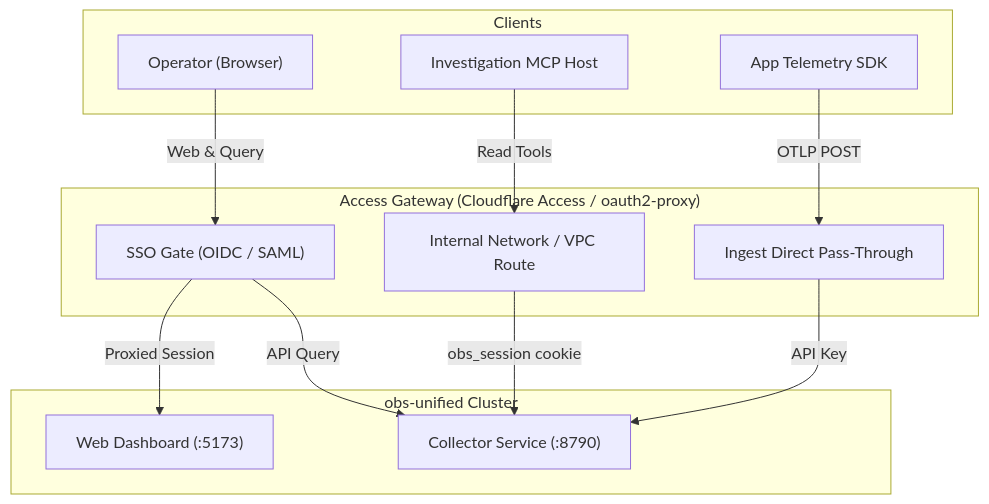
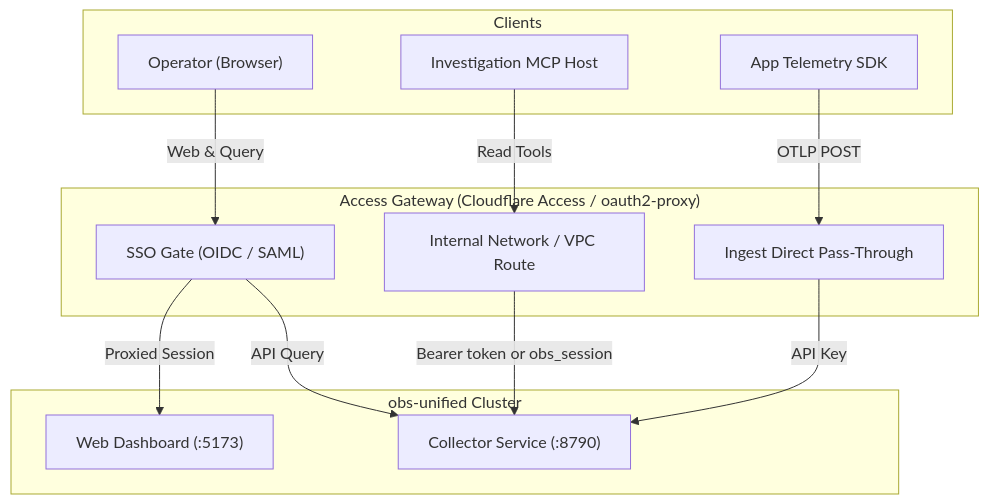
Before and after one commit to dev-sawan-ruparel/obs-unified: the diagram in apps/docs/content/docs/ops/identity-access.mdx, drawn with Mermaid. The commit also changed other lines of this file and 18 other files, not shown here.

Commit message:
Add collector dashboard bearer auth for MCP and CLI

````diff
--- a/apps/docs/content/docs/ops/identity-access.mdx
+++ b/apps/docs/content/docs/ops/identity-access.mdx
@@ -18,24 +18,24 @@
 ```mermaid
 flowchart TD
   subgraph External["Clients"]
     Browser["Operator (Browser)"]
     MCPAgent["Investigation MCP Host"]
     OTelApp["App Telemetry SDK"]
   end
 
   subgraph Perimeter["Access Gateway (Cloudflare Access / oauth2-proxy)"]
     SSOGate["SSO Gate (OIDC / SAML)"]
     InternalVPC["Internal Network / VPC Route"]
     IngestPass["Ingest Direct Pass-Through"]
   end
 
   subgraph Internal["obs-unified Cluster"]
     Web["Web Dashboard (:5173)"]
     Collector["Collector Service (:8790)"]
   end
 
   Browser -->|Web & Query| SSOGate -->|Proxied Session| Web
   SSOGate -->|API Query| Collector
-  MCPAgent -->|Read Tools| InternalVPC -->|obs_session cookie| Collector
+  MCPAgent -->|Read Tools| InternalVPC -->|Bearer token or obs_session| Collector
   OTelApp -->|OTLP POST| IngestPass -->|API Key| Collector
 ```
````
